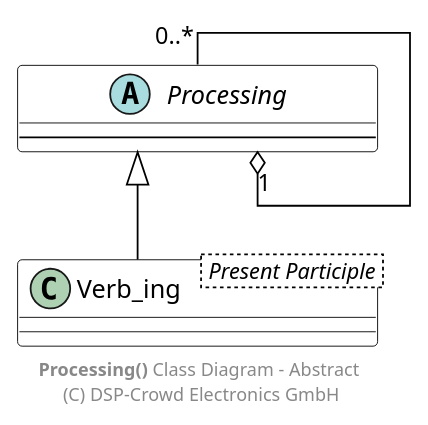
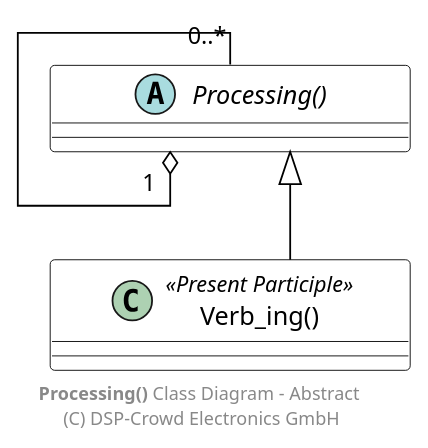
The diagram in doc/system/class-Processing_abstract.pu (NoOrientationProgramming/ProcessingTutorials), drawn with PlantUML before and after one commit. The commit also changed 2 other files, not shown here.

Commit message:
doc: Update abstract class diagram

```diff
--- a/doc/system/class-Processing_abstract.pu
+++ b/doc/system/class-Processing_abstract.pu
@@ -1,23 +1,22 @@
 @startuml
 
 skinparam linetype ortho
 skinparam minClassWidth 200
 skinparam class {
 	BackgroundColor White
 	ArrowColor Black
 	BorderColor Black
 }
 
-abstract class Processing {
-	--
+abstract class "Processing()" as pAbstract {
 }
 
-class Verb_ing < Present Participle > {
+class "Verb_ing()" as pConcrete <<Present Participle>> {
 }
 
-Processing "1" o-u- "0..*" Processing
-Processing <|-- Verb_ing
+pAbstract "1" o-u- "0..*" pAbstract
+pAbstract <|-- pConcrete
 
 footer **Processing()** Class Diagram - Abstract \n(C) DSP-Crowd Electronics GmbH
 
 @enduml
```
